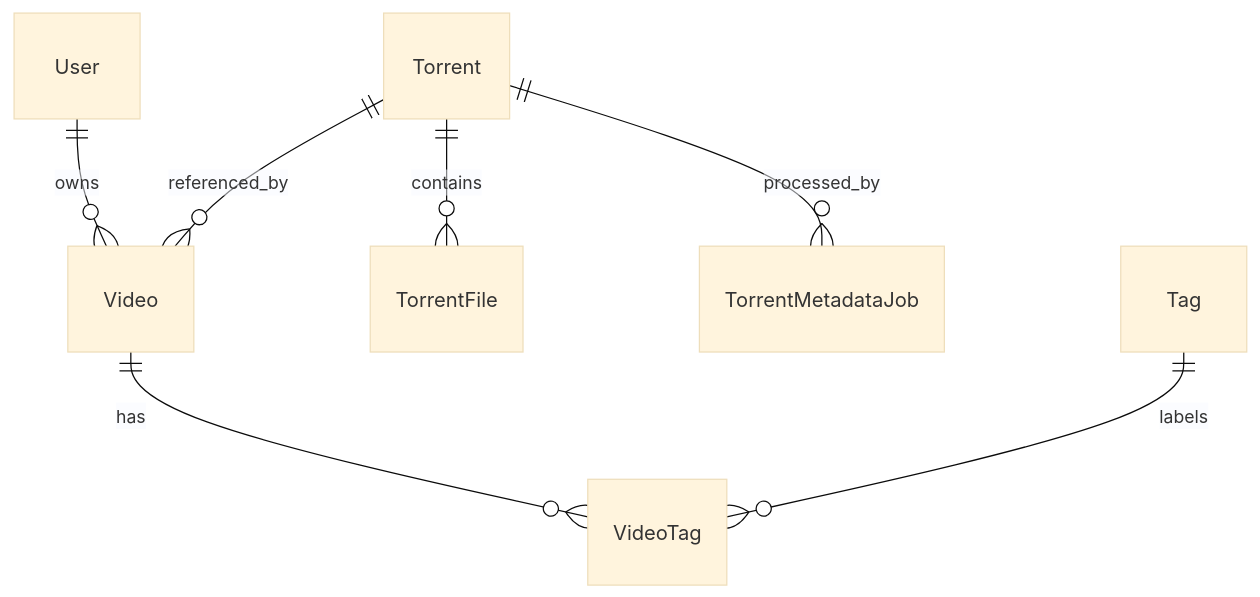
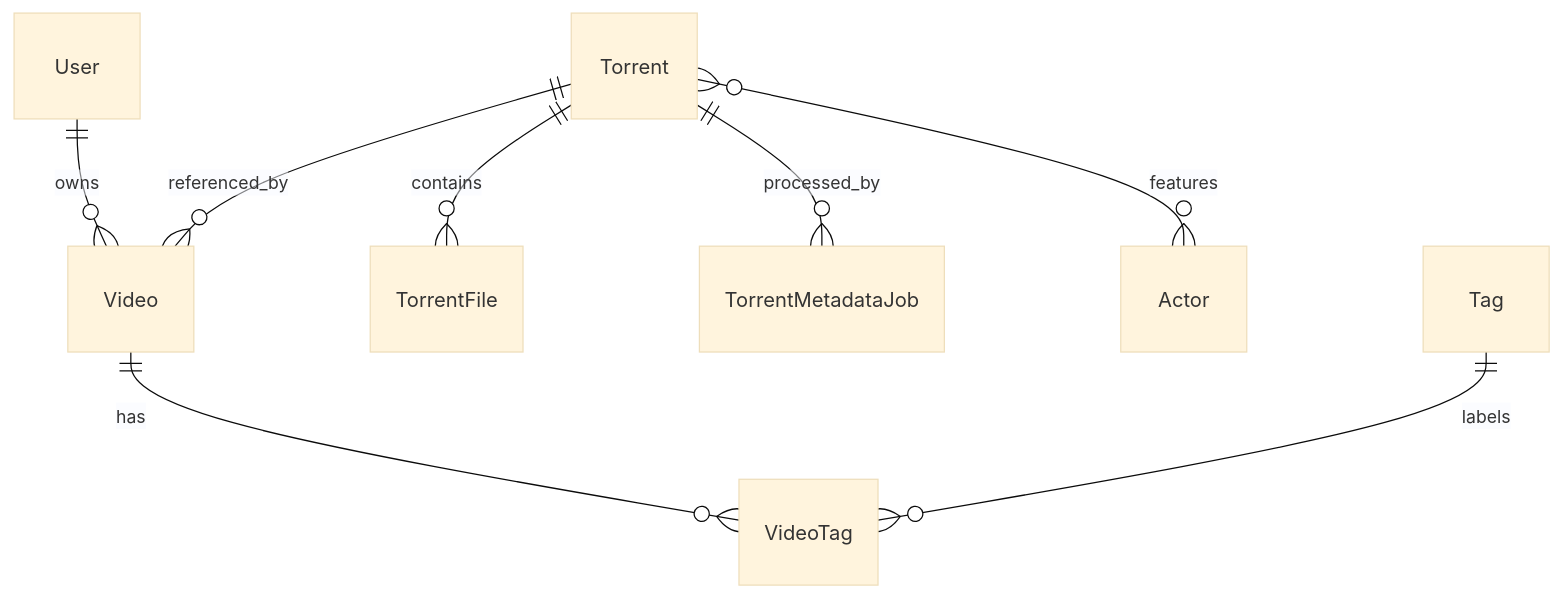
One commit to Co2Link/MyMediaVault changed the diagram in docs/data-model.md. Above: the diagram before and after it, drawn with Mermaid (base theme). The commit also changed other lines of this file and 49 other files, not shown here.

````diff
--- a/docs/data-model.md
+++ b/docs/data-model.md
@@ -8,9 +8,10 @@
 ```mermaid
 erDiagram
   User ||--o{ Video : owns
   Torrent ||--o{ Video : referenced_by
   Torrent ||--o{ TorrentFile : contains
   Torrent ||--o{ TorrentMetadataJob : processed_by
+  Torrent }o--o{ Actor : features
   Video ||--o{ VideoTag : has
   Tag ||--o{ VideoTag : labels
 ```
````
